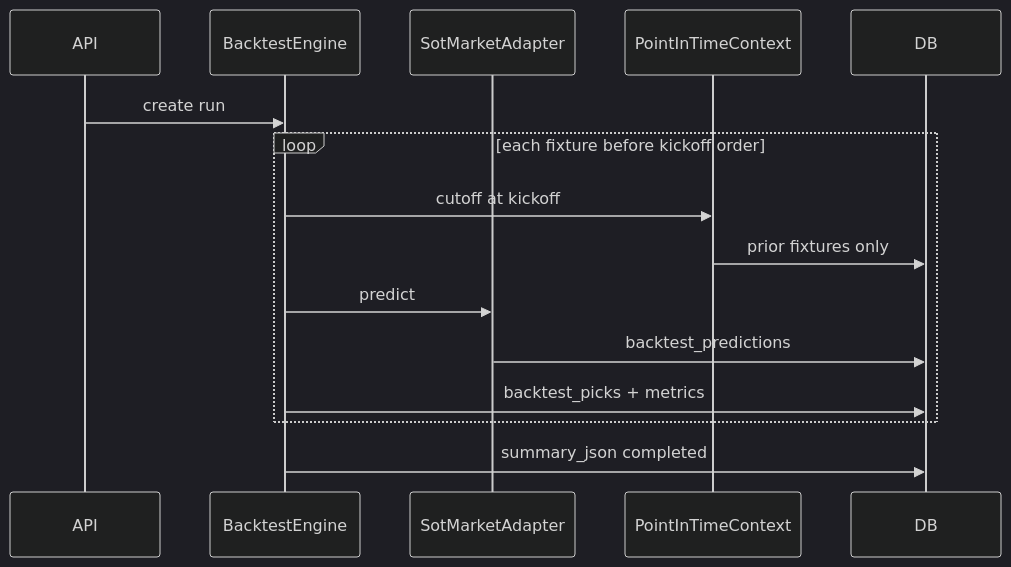
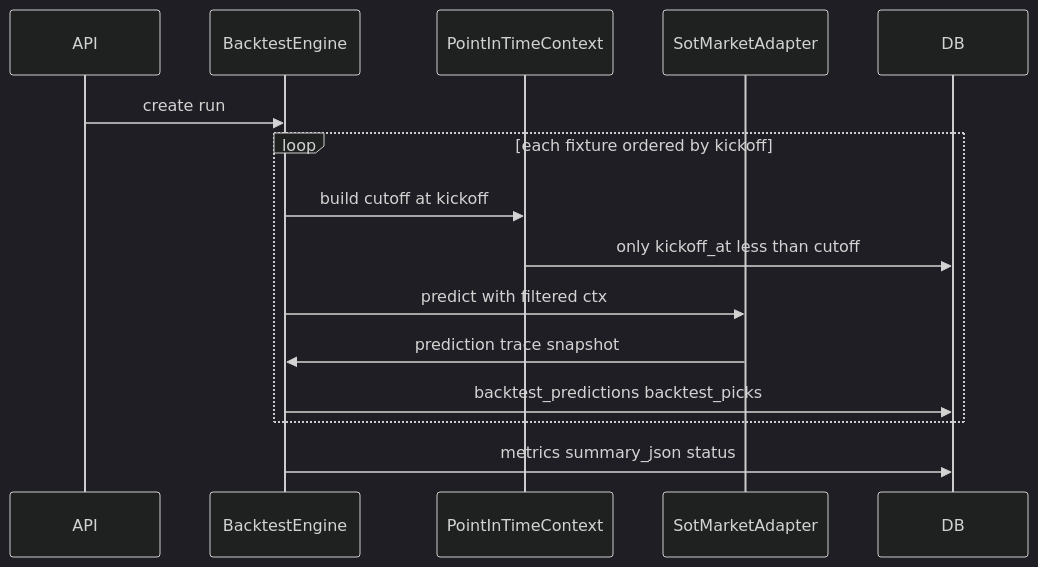
Before and after one commit to Rccard92/football-sot-predictor: the second of 2 diagrams in docs/BACKTEST_ENGINE_ARCHITECTURE.md, drawn with Mermaid (dark theme). The commit also changed other lines of this file, not shown here.

Commit message:
Refine backtest architecture anti-leakage design

````diff
--- a/docs/BACKTEST_ENGINE_ARCHITECTURE.md
+++ b/docs/BACKTEST_ENGINE_ARCHITECTURE.md
@@ -320,18 +459,18 @@
 ```mermaid
 sequenceDiagram
     participant API
     participant Engine as BacktestEngine
+    participant Ctx as PointInTimeContext
     participant Adapter as SotMarketAdapter
-    participant Ctx as PointInTimeContext
     participant DB
 
     API->>Engine: create run
-    loop each fixture before kickoff order
-        Engine->>Ctx: cutoff at kickoff
-        Ctx->>DB: prior fixtures only
-        Engine->>Adapter: predict
-        Adapter->>DB: backtest_predictions
-        Engine->>DB: backtest_picks + metrics
+    loop each fixture ordered by kickoff
+        Engine->>Ctx: build cutoff at kickoff
+        Ctx->>DB: only kickoff_at less than cutoff
+        Engine->>Adapter: predict with filtered ctx
+        Adapter->>Engine: prediction trace snapshot
+        Engine->>DB: backtest_predictions backtest_picks
     end
-    Engine->>DB: summary_json completed
+    Engine->>DB: metrics summary_json status
 ```
````
